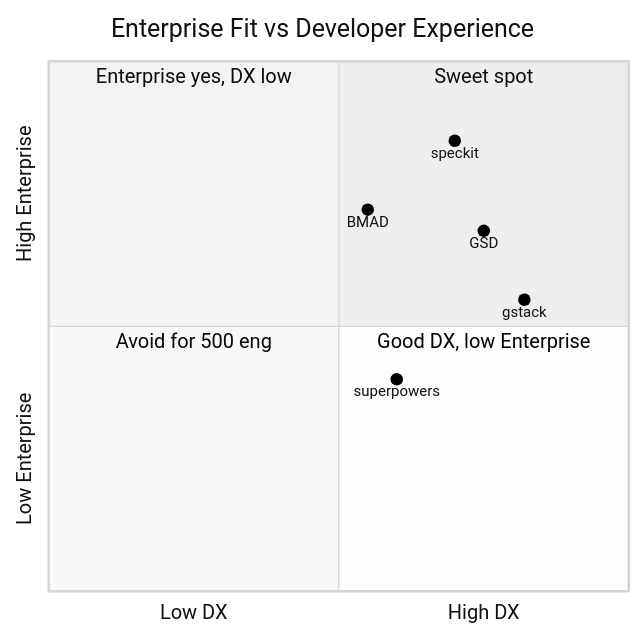
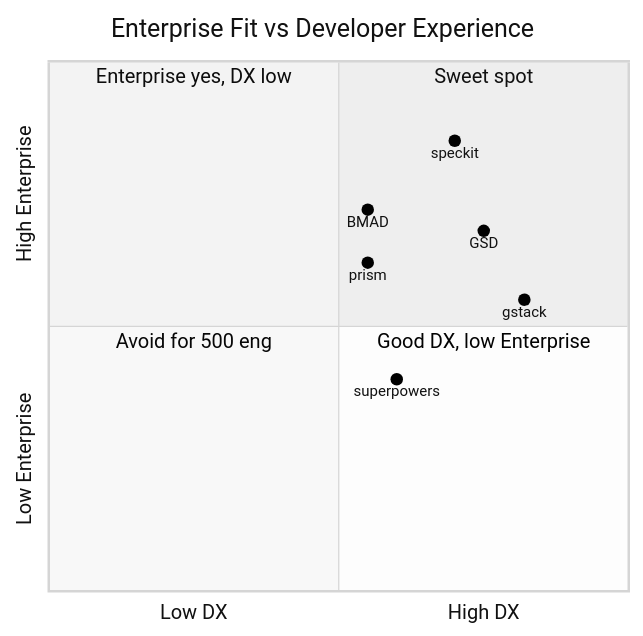
One commit to miendinh/vibecode-frame-compare changed the ninth of 11 diagrams in README.md. Above: the diagram before and after it, drawn with Mermaid (neutral theme). The commit also changed other lines of this file, not shown here.

````diff
--- a/README.md
+++ b/README.md
@@ -620,15 +697,16 @@
 ```mermaid
 quadrantChart
     title Enterprise Fit vs Developer Experience
     x-axis Low DX --> High DX
     y-axis Low Enterprise --> High Enterprise
     quadrant-1 Sweet spot
     quadrant-2 Enterprise yes, DX low
     quadrant-3 Avoid for 500 eng
     quadrant-4 Good DX, low Enterprise
     speckit: [0.70, 0.85]
     BMAD: [0.55, 0.72]
     GSD: [0.75, 0.68]
+    prism: [0.55, 0.62]
     superpowers: [0.60, 0.40]
     gstack: [0.82, 0.55]
 ```
````
